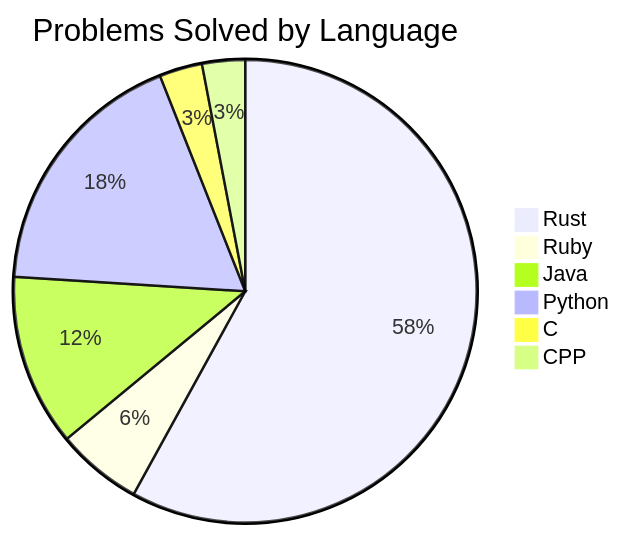
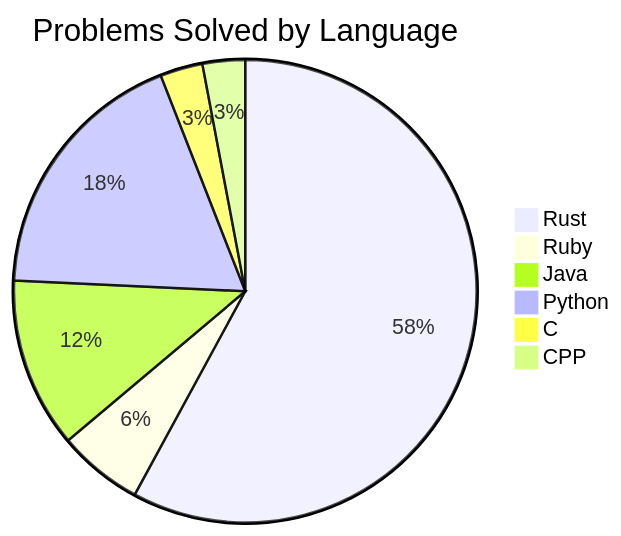
Before and after one commit to Liam-Wirth/leetcode-solutions: the diagram in README.md, drawn with Mermaid. The commit also changed other lines of this file and 5 other files, not shown here.

````diff
--- a/README.md
+++ b/README.md
@@ -28,9 +28,9 @@
 ```mermaid
 pie title Problems Solved by Language
-    "Rust": 116
+    "Rust": 117
     "Ruby": 12
     "Java": 24
-    "Python": 36
+    "Python": 37
     "C": 6
     "CPP": 6
 ```
````
